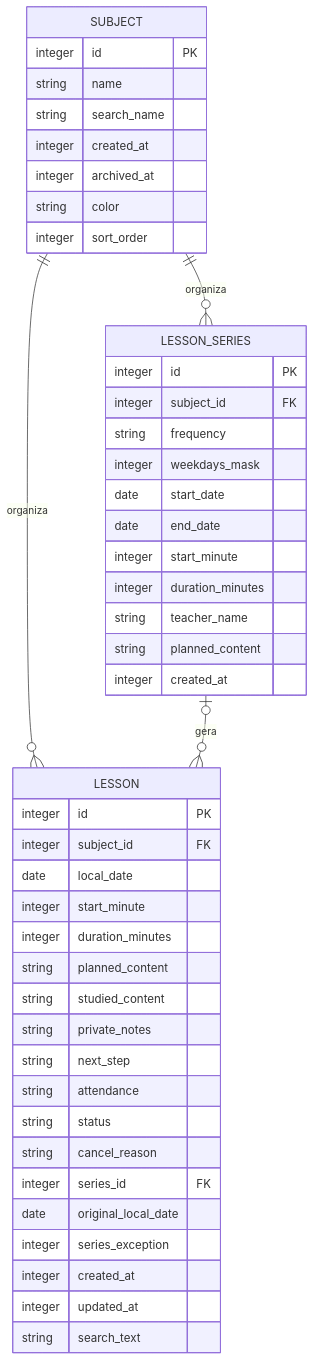
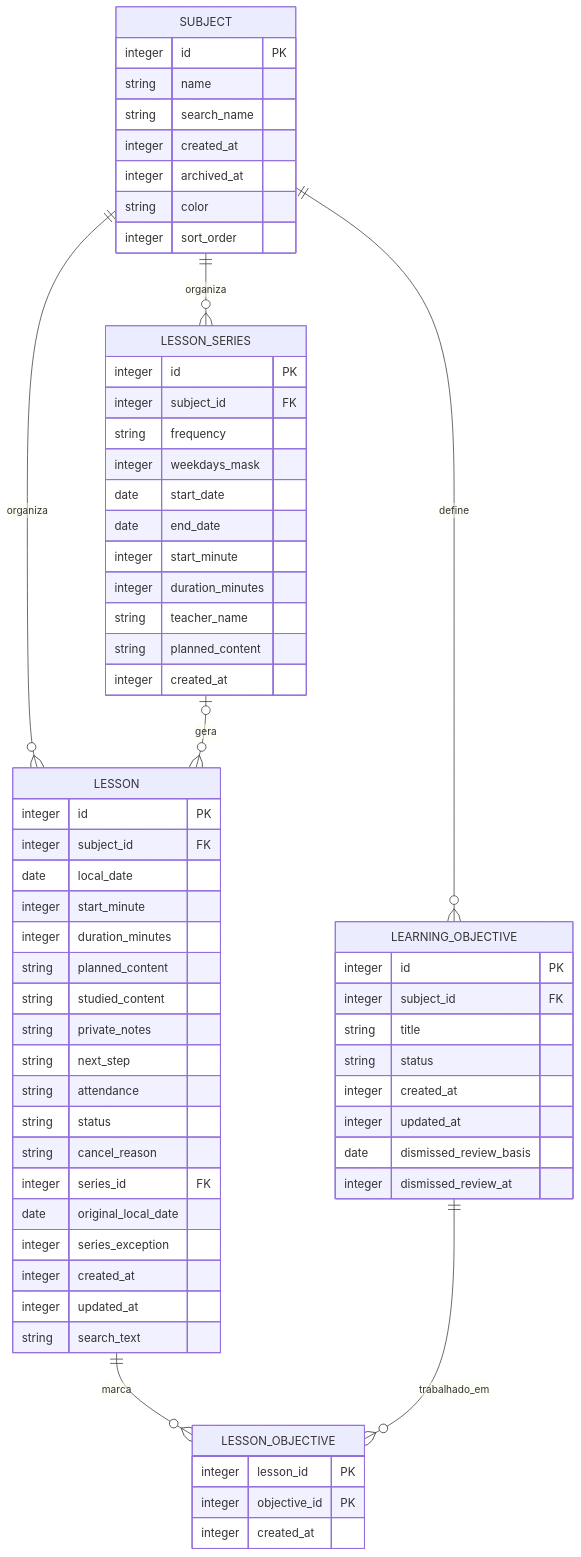
Before and after one commit to MateusKraiewski/controle-aluno-app: the diagram in docs/offline-first.md, drawn with Mermaid. The commit also changed other lines of this file and 4 other files, not shown here.

First line of the commit message:
docs: record learning support, schema v5, CSV export and verification

````diff
--- a/docs/offline-first.md
+++ b/docs/offline-first.md
@@ -18,9 +18,14 @@
 ```mermaid
 erDiagram
   SUBJECT ||--o{ LESSON : organiza
   SUBJECT ||--o{ LESSON_SERIES : organiza
+  SUBJECT ||--o{ LEARNING_OBJECTIVE : define
   LESSON_SERIES |o--o{ LESSON : gera
+  LESSON ||--o{ LESSON_OBJECTIVE : marca
+  LEARNING_OBJECTIVE ||--o{ LESSON_OBJECTIVE : trabalhado_em
   SUBJECT { integer id PK string name string search_name integer created_at integer archived_at string color integer sort_order }
   LESSON_SERIES { integer id PK integer subject_id FK string frequency integer weekdays_mask date start_date date end_date integer start_minute integer duration_minutes string teacher_name string planned_content integer created_at }
   LESSON { integer id PK integer subject_id FK date local_date integer start_minute integer duration_minutes string planned_content string studied_content string private_notes string next_step string attendance string status string cancel_reason integer series_id FK date original_local_date integer series_exception integer created_at integer updated_at string search_text }
+  LEARNING_OBJECTIVE { integer id PK integer subject_id FK string title string status integer created_at integer updated_at date dismissed_review_basis integer dismissed_review_at }
+  LESSON_OBJECTIVE { integer lesson_id PK integer objective_id PK integer created_at }
 ```
````
